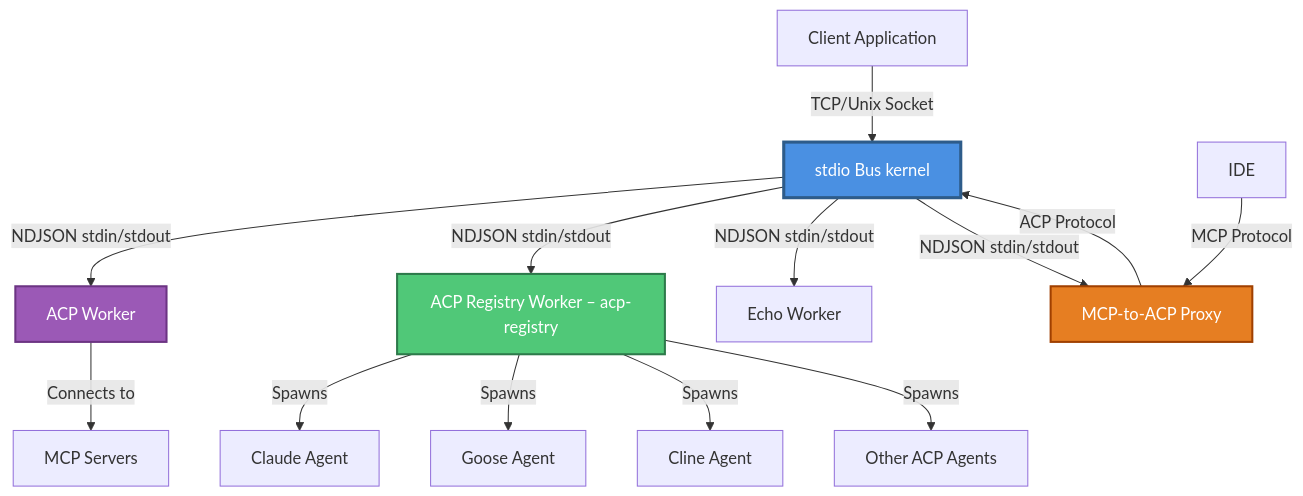
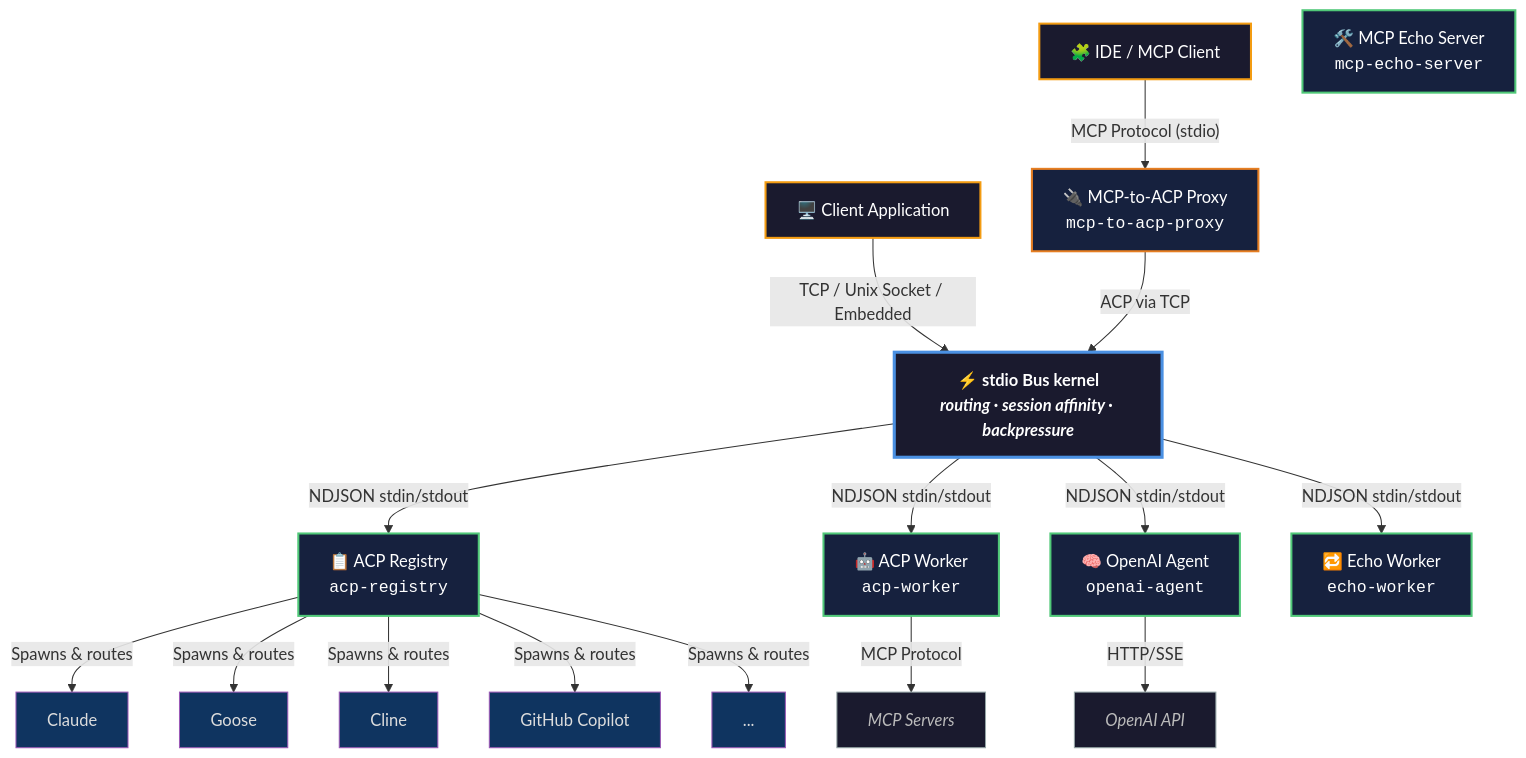
Before and after one commit to stdiobus/workers-registry: the diagram in scripts/readme/README.template.md, drawn with Mermaid. The commit also changed other lines of this file and 1 other file, not shown here.

````diff
--- a/scripts/readme/README.template.md
+++ b/scripts/readme/README.template.md
@@ -55,23 +36,62 @@
 ```mermaid
 graph TB
-    Client[Client Application] -->|TCP/Unix Socket| Kernel[stdio Bus kernel]
-    Kernel -->|NDJSON stdin/stdout| ACP[ACP Worker]
-    Kernel -->|NDJSON stdin/stdout| Registry[ACP Registry Worker – acp-registry]
-    Kernel -->|NDJSON stdin/stdout| Echo[Echo Worker]
-    Kernel -->|NDJSON stdin/stdout| Proxy[MCP-to-ACP Proxy]
-    
-    Registry -->|Spawns| Claude[Claude Agent]
-    Registry -->|Spawns| Goose[Goose Agent]
-    Registry -->|Spawns| Cline[Cline Agent]
-    Registry -->|Spawns| Other[Other ACP Agents]
-    
-    ACP -->|Connects to| MCP[MCP Servers]
-    
-    IDE[IDE] -->|MCP Protocol| Proxy
-    Proxy -->|ACP Protocol| Kernel
-    
-    style Kernel fill:#4a90e2,stroke:#2e5c8a,stroke-width:3px,color:#fff
-    style Registry fill:#50c878,stroke:#2d7a4a,stroke-width:2px,color:#fff
-    style ACP fill:#9b59b6,stroke:#6c3483,stroke-width:2px,color:#fff
-    style Proxy fill:#e67e22,stroke:#a04000,stroke-width:2px,color:#fff
+    %% ── Clients ──
+    App["🖥️ Client Application"]
+    IDE["🧩 IDE / MCP Client"]
+
+    %% ── Kernel ──
+    Kernel["⚡ stdio Bus kernel<br/><i>routing · session affinity · backpressure</i>"]
+
+    %% ── Workers ──
+    Registry["📋 ACP Registry<br/><code>acp-registry</code>"]
+    ACP["🤖 ACP Worker<br/><code>acp-worker</code>"]
+    OpenAI["🧠 OpenAI Agent<br/><code>openai-agent</code>"]
+    Echo["🔁 Echo Worker<br/><code>echo-worker</code>"]
+    Proxy["🔌 MCP-to-ACP Proxy<br/><code>mcp-to-acp-proxy</code>"]
+    MCP["🛠️ MCP Echo Server<br/><code>mcp-echo-server</code>"]
+
+    %% ── External agents ──
+    Claude["Claude"]
+    Goose["Goose"]
+    Cline["Cline"]
+    Copilot["GitHub Copilot"]
+    Others["..."]
+
+    %% ── External services ──
+    OpenAIAPI["OpenAI API"]
+    MCPServers["MCP Servers"]
+
+    %% ── Connections ──
+    App -->|"TCP / Unix Socket / Embedded"| Kernel
+    IDE -->|"MCP Protocol (stdio)"| Proxy
+
+    Kernel -->|"NDJSON stdin/stdout"| Registry
+    Kernel -->|"NDJSON stdin/stdout"| ACP
+    Kernel -->|"NDJSON stdin/stdout"| OpenAI
+    Kernel -->|"NDJSON stdin/stdout"| Echo
+    Proxy -->|"ACP via TCP"| Kernel
+
+    Registry -->|"Spawns & routes"| Claude
+    Registry -->|"Spawns & routes"| Goose
+    Registry -->|"Spawns & routes"| Cline
+    Registry -->|"Spawns & routes"| Copilot
+    Registry -->|"Spawns & routes"| Others
+
+    OpenAI -->|"HTTP/SSE"| OpenAIAPI
+    ACP -->|"MCP Protocol"| MCPServers
+
+    %% ── Styles ──
+    classDef kernel fill:#1a1a2e,stroke:#4a90e2,stroke-width:3px,color:#fff,font-weight:bold
+    classDef worker fill:#16213e,stroke:#50c878,stroke-width:2px,color:#fff
+    classDef proxy fill:#16213e,stroke:#e67e22,stroke-width:2px,color:#fff
+    classDef agent fill:#0f3460,stroke:#9b59b6,stroke-width:1px,color:#ddd
+    classDef client fill:#1a1a2e,stroke:#f39c12,stroke-width:2px,color:#fff
+    classDef external fill:#1a1a2e,stroke:#95a5a6,stroke-width:1px,color:#bbb,font-style:italic
+
+    class Kernel kernel
+    class Registry,ACP,OpenAI,Echo,MCP worker
+    class Proxy proxy
+    class Claude,Goose,Cline,Copilot,Others agent
+    class App,IDE client
+    class OpenAIAPI,MCPServers external
 ```
````
